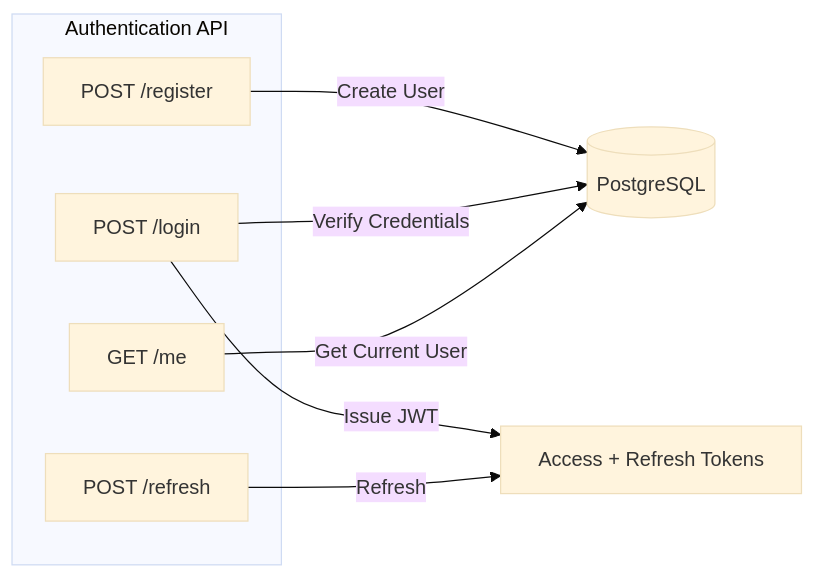
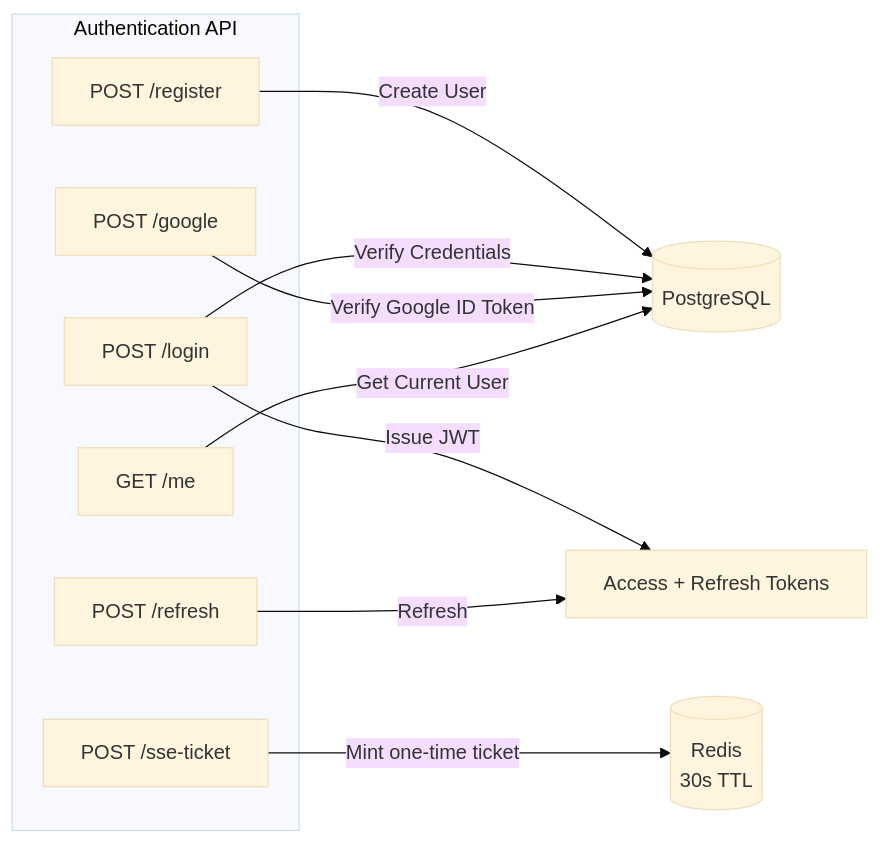
The fourth of 33 diagrams in docs/architecture/system-architecture.md (Sungchunn/AI-Resume-Tailor), drawn with Mermaid (base theme) before and after one commit. The commit also changed other lines of this file, not shown here.

First line of the commit message:
docs: Refresh system-architecture to match current codebase

````diff
--- a/docs/architecture/system-architecture.md
+++ b/docs/architecture/system-architecture.md
@@ -223,15 +227,19 @@
 ```mermaid
 flowchart LR
     subgraph Auth["Authentication API"]
         POST1["POST /register"]
         POST2["POST /login"]
         POST3["POST /refresh"]
+        POST4["POST /google"]
+        POST5["POST /sse-ticket"]
         GET1["GET /me"]
     end
 
     POST1 --> |"Create User"| DB[(PostgreSQL)]
     POST2 --> |"Verify Credentials"| DB
     POST2 --> |"Issue JWT"| Token["Access + Refresh Tokens"]
     POST3 --> |"Refresh"| Token
+    POST4 --> |"Verify Google ID Token"| DB
+    POST5 --> |"Mint one-time ticket"| Redis[(Redis<br/>30s TTL)]
     GET1 --> |"Get Current User"| DB
 ```
````
